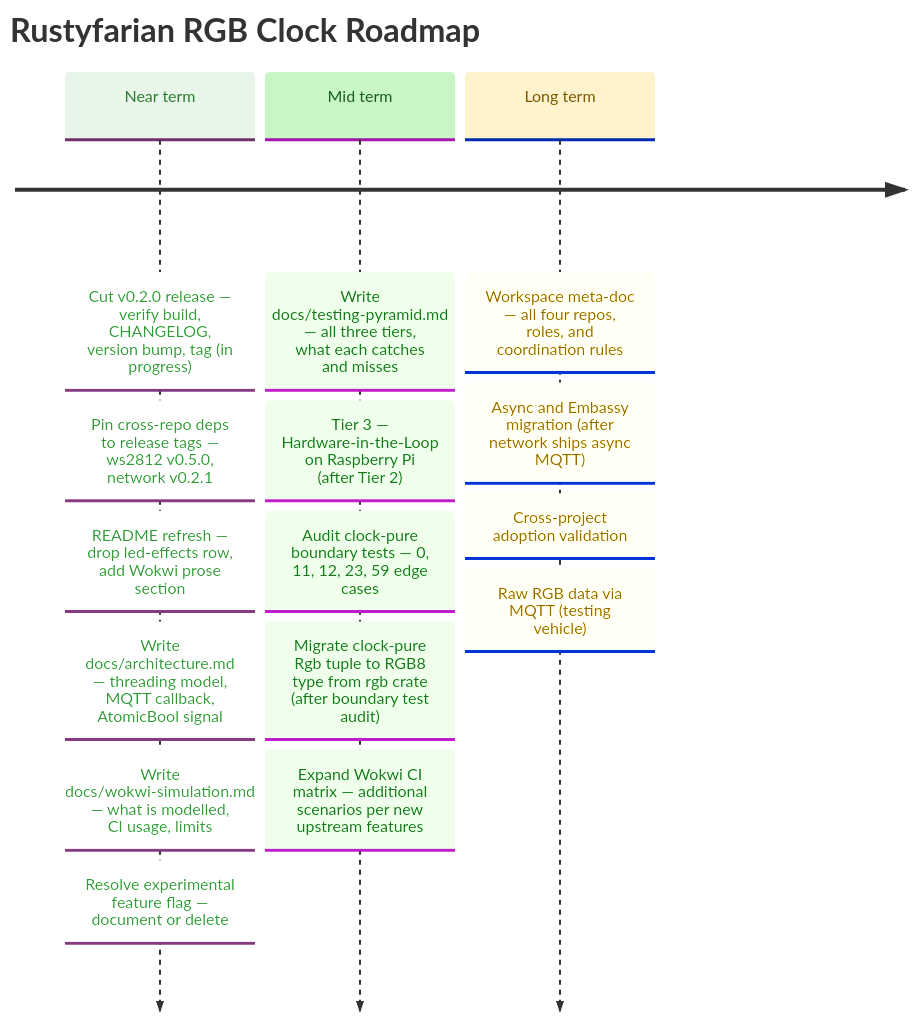
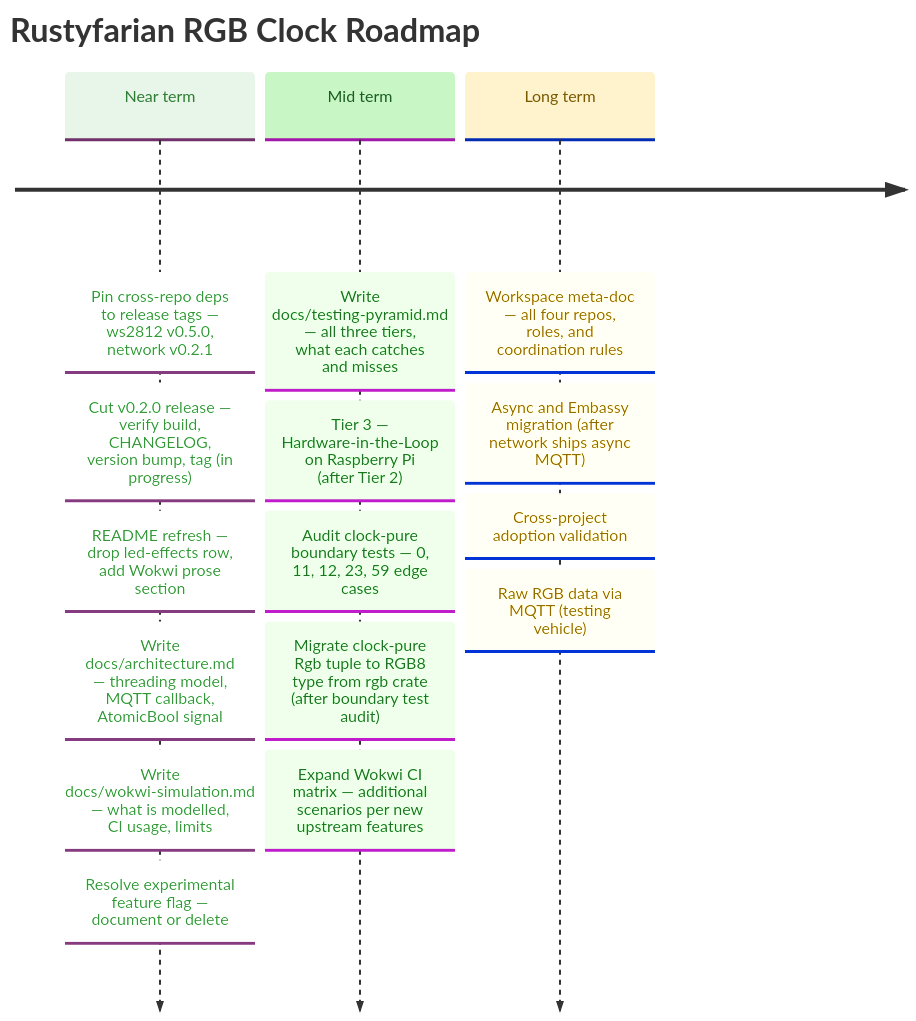
One commit to datenkollektiv/rustyfarian-rgb-clock changed the diagram in docs/ROADMAP.md. Above: the diagram before and after it, drawn with Mermaid. The commit also changed 2 other files, not shown here.

Commit message:
Pin cross-repo dependencies to release tags and add CI simulation lockfile task

````diff
--- a/docs/ROADMAP.md
+++ b/docs/ROADMAP.md
@@ -9,36 +9,36 @@
 ```mermaid
 %%{init: {
   "theme": "base",
   "themeVariables": {
     "cScale0": "#e8f5e9",
     "cScaleLabel0": "#2e7d32",
     "cScale1": "#c8f7c5",
     "cScaleLabel1": "#1b5e20",
     "cScale2": "#fff3cd",
     "cScaleLabel2": "#7a5a00",
     "cScale3": "#e3f2fd",
     "cScaleLabel3": "#0d47a1"
   }
 }}%%
 
 timeline
     title Rustyfarian RGB Clock Roadmap
 
-    Near term : Cut v0.2.0 release — verify build, CHANGELOG, version bump, tag (in progress)
-              : Pin cross-repo deps to release tags — ws2812 v0.5.0, network v0.2.1
+    Near term : Pin cross-repo deps to release tags — ws2812 v0.5.0, network v0.2.1
+              : Cut v0.2.0 release — verify build, CHANGELOG, version bump, tag (in progress)
               : README refresh — drop led-effects row, add Wokwi prose section
               : Write docs/architecture.md — threading model, MQTT callback, AtomicBool signal
               : Write docs/wokwi-simulation.md — what is modelled, CI usage, limits
               : Resolve experimental feature flag — document or delete
 
     Mid term  : Write docs/testing-pyramid.md — all three tiers, what each catches and misses
               : Tier 3 — Hardware-in-the-Loop on Raspberry Pi (after Tier 2)
               : Audit clock-pure boundary tests — 0, 11, 12, 23, 59 edge cases
               : Migrate clock-pure Rgb tuple to RGB8 type from rgb crate (after boundary test audit)
               : Expand Wokwi CI matrix — additional scenarios per new upstream features
 
     Long term : Workspace meta-doc — all four repos, roles, and coordination rules
               : Async and Embassy migration (after network ships async MQTT)
               : Cross-project adoption validation
               : Raw RGB data via MQTT (testing vehicle)
 ```
````
